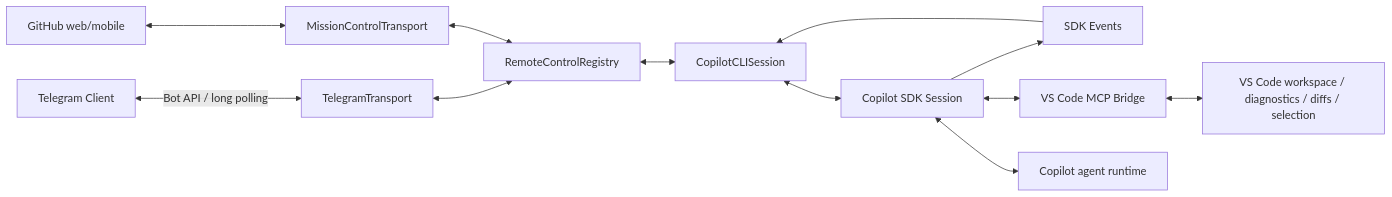
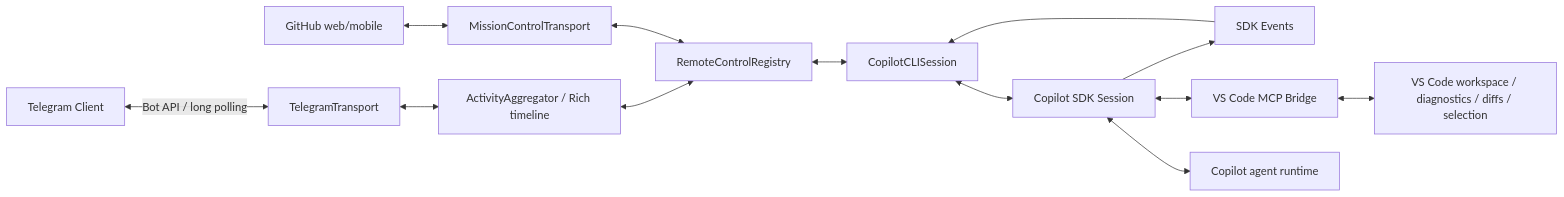
Before and after one commit to SachiHarshitha/vscode-telegram: the diagram in extensions/copilot/docs/telegram-remote/README.md, drawn with Mermaid. The commit also changed other lines of this file and 32 other files, not shown here.

Commit message:
feat: add steerable Telegram rich activity timeline

````diff
--- a/extensions/copilot/docs/telegram-remote/README.md
+++ b/extensions/copilot/docs/telegram-remote/README.md
@@ -55,14 +55,15 @@
 ```mermaid
 flowchart LR
     TG[Telegram Client] <-->|Bot API / long polling| TA[TelegramTransport]
     GH[GitHub web/mobile] <--> MC[MissionControlTransport]
-    TA <--> RC[RemoteControlRegistry]
+    TA <--> TL[ActivityAggregator / Rich timeline]
+    TL <--> RC[RemoteControlRegistry]
     MC <--> RC
     RC <--> CS[CopilotCLISession]
     CS <--> S[Copilot SDK Session]
     S --> EV[SDK Events]
     EV --> CS
     S <--> MCP[VS Code MCP Bridge]
     MCP <--> IDE[VS Code workspace / diagnostics / diffs / selection]
     S <--> AGENT[Copilot agent runtime]
 ```
````
